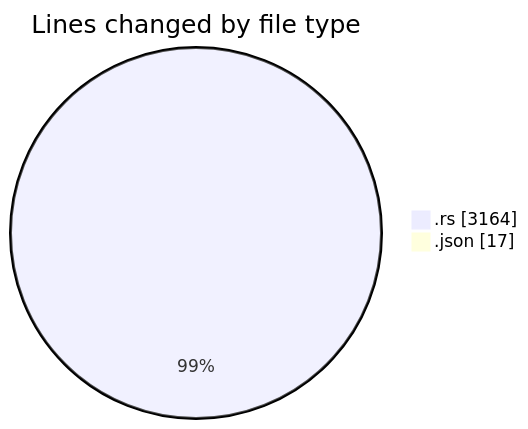
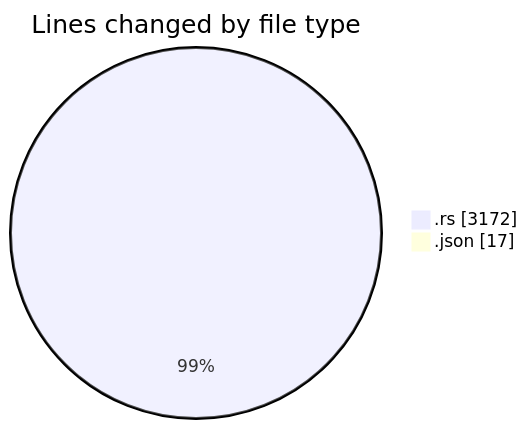
The first of 2 diagrams in 2025-12-28/rust/README.md (Ritupan-Deka/code-tracking), drawn with Mermaid before and after one commit. The commit also changed other lines of this file and 1 other file, not shown here.

````diff
--- a/2025-12-28/rust/README.md
+++ b/2025-12-28/rust/README.md
@@ -21,6 +22,6 @@
 ```mermaid
 pie showData
 title Lines changed by file type
-".rs" : 3164
+".rs" : 3172
 ".json" : 17
 ```
````
